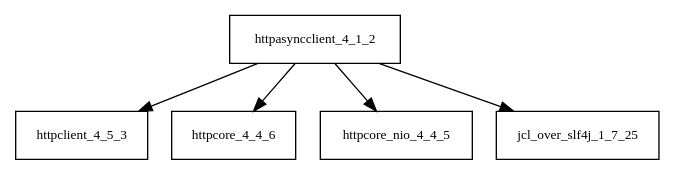
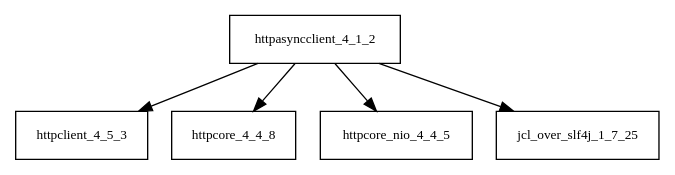
One commit to AglaianWoman/cia changed the diagram in tattleTaleReport/graphviz/httpasyncclient-4.1.2.jar/httpasyncclient-4.1.2.jar.dot. Above: the diagram before and after it, drawn with Graphviz. The commit also changed 3333 other files, not shown here.

```diff
--- a/tattleTaleReport/graphviz/httpasyncclient-4.1.2.jar/httpasyncclient-4.1.2.jar.dot
+++ b/tattleTaleReport/graphviz/httpasyncclient-4.1.2.jar/httpasyncclient-4.1.2.jar.dot
@@ -1,7 +1,7 @@
 digraph httpasyncclient_4_1_2_dependencies {
   node [shape = box, fontsize=10.0];
   httpasyncclient_4_1_2 -> httpclient_4_5_3;
-  httpasyncclient_4_1_2 -> httpcore_4_4_6;
+  httpasyncclient_4_1_2 -> httpcore_4_4_8;
   httpasyncclient_4_1_2 -> httpcore_nio_4_4_5;
   httpasyncclient_4_1_2 -> jcl_over_slf4j_1_7_25;
 }
```
